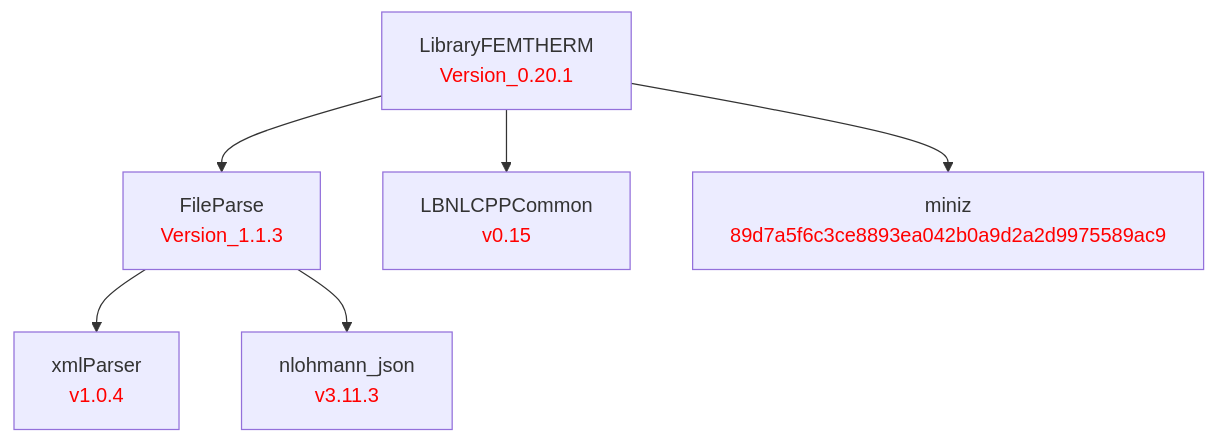
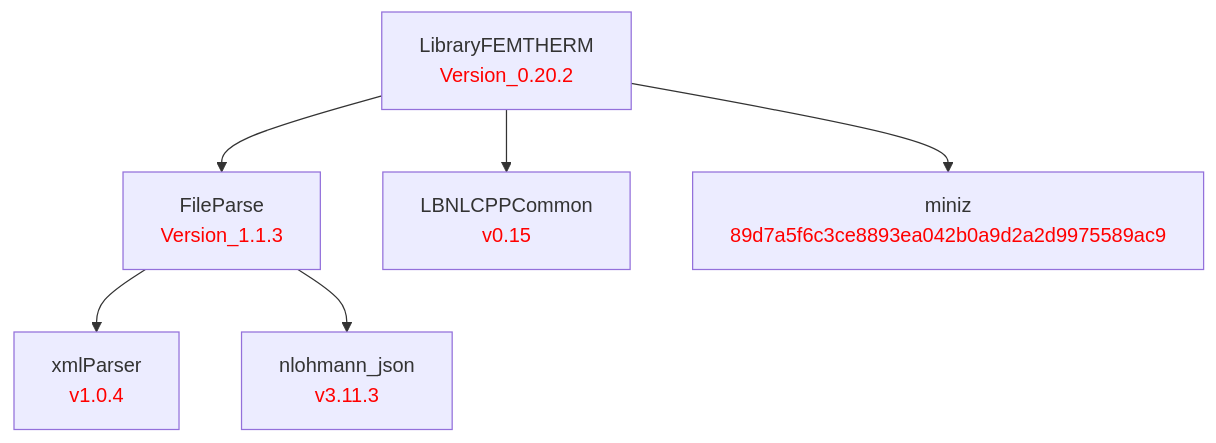
One commit to LBNL-ETA/LibraryFEMTherm changed the diagram in doc/LibraryFEMTHERM.md. Above: the diagram before and after it, drawn with Mermaid. The commit also changed 11 other files, not shown here.

````diff
--- a/doc/LibraryFEMTHERM.md
+++ b/doc/LibraryFEMTHERM.md
@@ -1,17 +1,17 @@
 ```mermaid
 graph TD
     %% Package definitions
     xmlParser[xmlParser<br/><font color='red'>v1.0.4</font>]
     nlohmann_json[nlohmann_json<br/><font color='red'>v3.11.3</font>]
     FileParse[FileParse<br/><font color='red'>Version_1.1.3</font>]
     LBNLCPPCommon[LBNLCPPCommon<br/><font color='red'>v0.15</font>]
     miniz[miniz<br/><font color='red'>89d7a5f6c3ce8893ea042b0a9d2a2d9975589ac9</font>]
-    LibraryFEMTHERM[LibraryFEMTHERM<br/><font color='red'>Version_0.20.1</font>]
+    LibraryFEMTHERM[LibraryFEMTHERM<br/><font color='red'>Version_0.20.2</font>]
 
     %% Package relations
     LibraryFEMTHERM --> FileParse
     LibraryFEMTHERM --> LBNLCPPCommon
     LibraryFEMTHERM --> miniz
     FileParse --> xmlParser
     FileParse --> nlohmann_json
 ```
````
